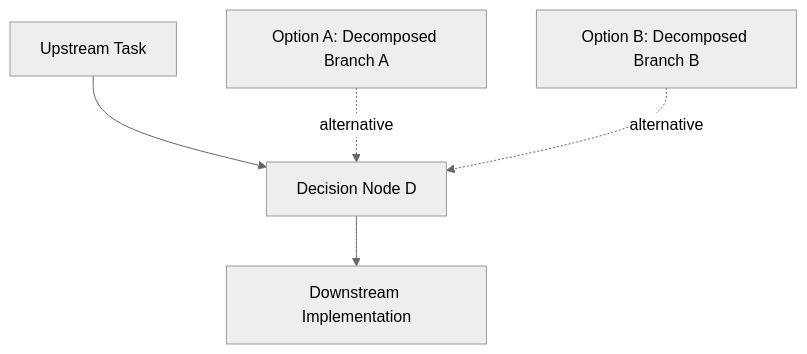
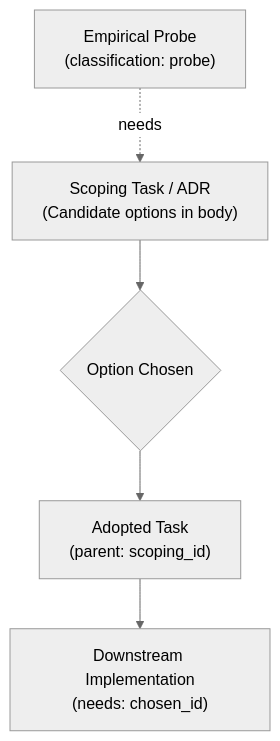
One commit to nicsuzor/academicOps changed the diagram in specs/meta/naming-and-decisions.md. Above: the diagram before and after it, drawn with Mermaid (neutral theme). The commit also changed other lines of this file and 18 other files, not shown here.

First line of the commit message:
feat(graph): align specs, workflows, rules, and skills to three-relation model

````diff
--- a/specs/meta/naming-and-decisions.md
+++ b/specs/meta/naming-and-decisions.md
@@ -56,7 +56,7 @@
 ```mermaid
 flowchart TD
-    Upstream["Upstream Task"] --> Decision["Decision Node D"]
-    OptionA["Option A: Decomposed Branch A"] -.->|alternative| Decision
-    OptionB["Option B: Decomposed Branch B"] -.->|alternative| Decision
-    Decision --> Downstream["Downstream Implementation"]
+    Scoping["Scoping Task / ADR\n(Candidate options in body)"] --> Decision{"Option Chosen"}
+    Probe["Empirical Probe\n(classification: probe)"] -.->|needs| Scoping
+    Decision --> Chosen["Adopted Task\n(parent: scoping_id)"]
+    Chosen --> Downstream["Downstream Implementation\n(needs: chosen_id)"]
 ```
````
